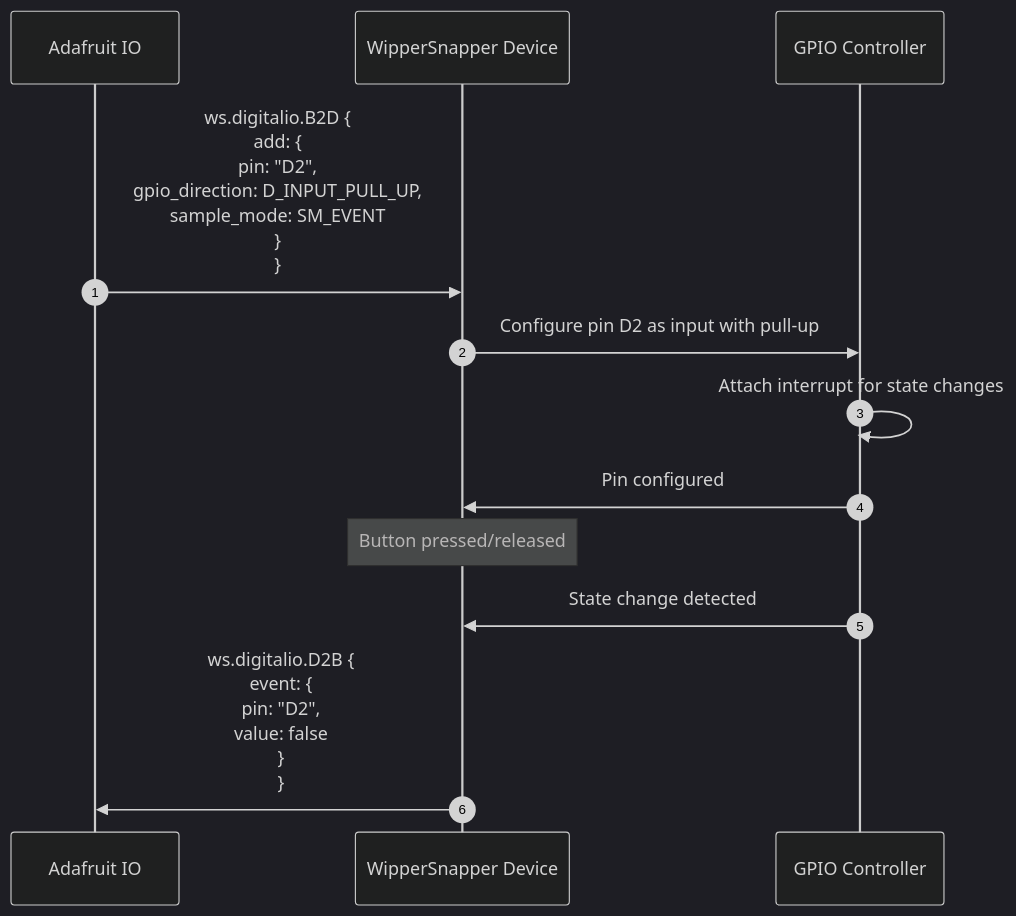
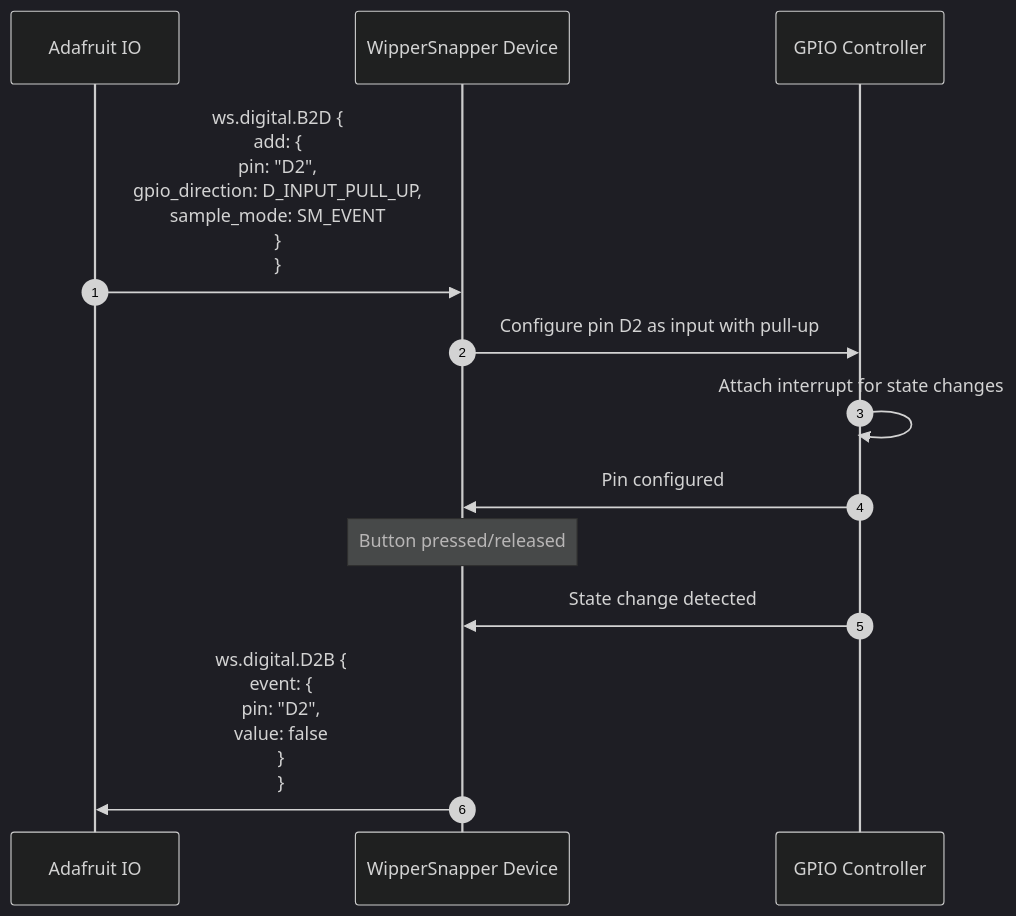
Before and after one commit to adafruit/Wippersnapper_Protobuf: the third of 13 diagrams in proto/wippersnapper/docs/wippersnapper_device_overview.md, drawn with Mermaid (dark theme). The commit also changed other lines of this file and 14 other files, not shown here.

Commit message:
rename analogin -> analog, digitalio -> digital

````diff
--- a/proto/wippersnapper/docs/wippersnapper_device_overview.md
+++ b/proto/wippersnapper/docs/wippersnapper_device_overview.md
@@ -292,18 +292,18 @@
 ```mermaid
 sequenceDiagram
 autonumber
 participant IO as Adafruit IO
 participant Device as WipperSnapper Device
 participant GPIO as GPIO Controller
 
-IO->>Device: ws.digitalio.B2D {<br/>  add: {<br/>    pin: "D2",<br/>    gpio_direction: D_INPUT_PULL_UP,<br/>    sample_mode: SM_EVENT<br/>  }<br/>}
+IO->>Device: ws.digital.B2D {<br/>  add: {<br/>    pin: "D2",<br/>    gpio_direction: D_INPUT_PULL_UP,<br/>    sample_mode: SM_EVENT<br/>  }<br/>}
 
 Device->>GPIO: Configure pin D2 as input with pull-up
 GPIO->>GPIO: Attach interrupt for state changes
 GPIO->>Device: Pin configured
 
 Note over Device: Button pressed/released
 GPIO->>Device: State change detected
 
-Device->>IO: ws.digitalio.D2B {<br/>  event: {<br/>    pin: "D2",<br/>    value: false<br/>  }<br/>}
+Device->>IO: ws.digital.D2B {<br/>  event: {<br/>    pin: "D2",<br/>    value: false<br/>  }<br/>}
 ```
````
